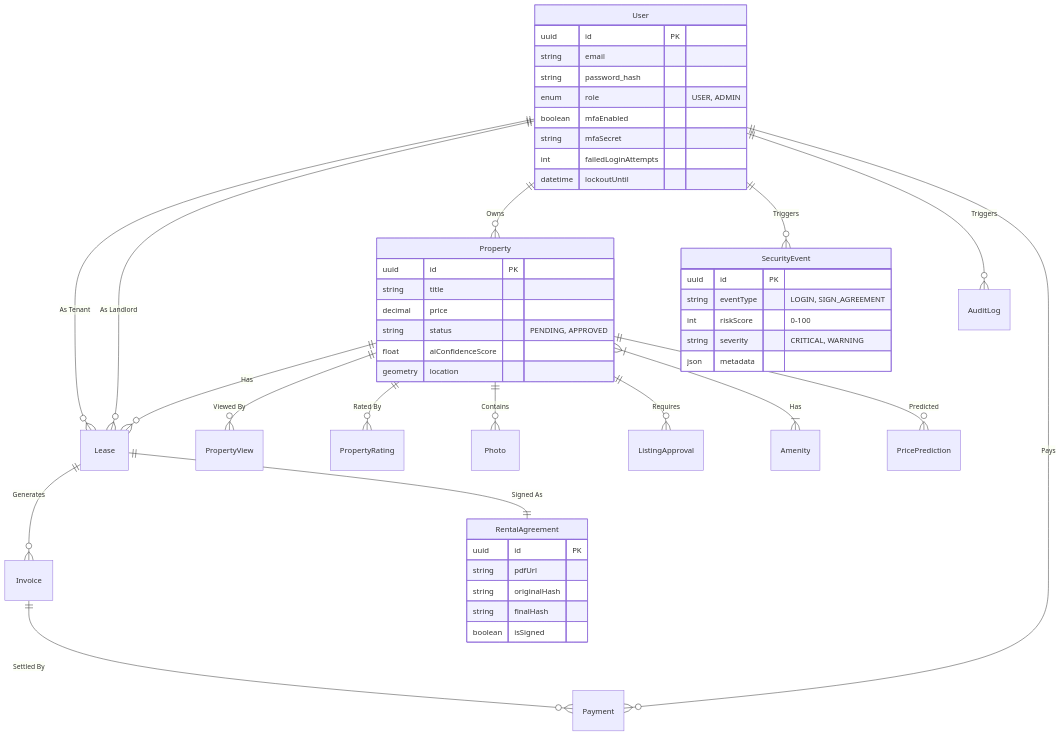
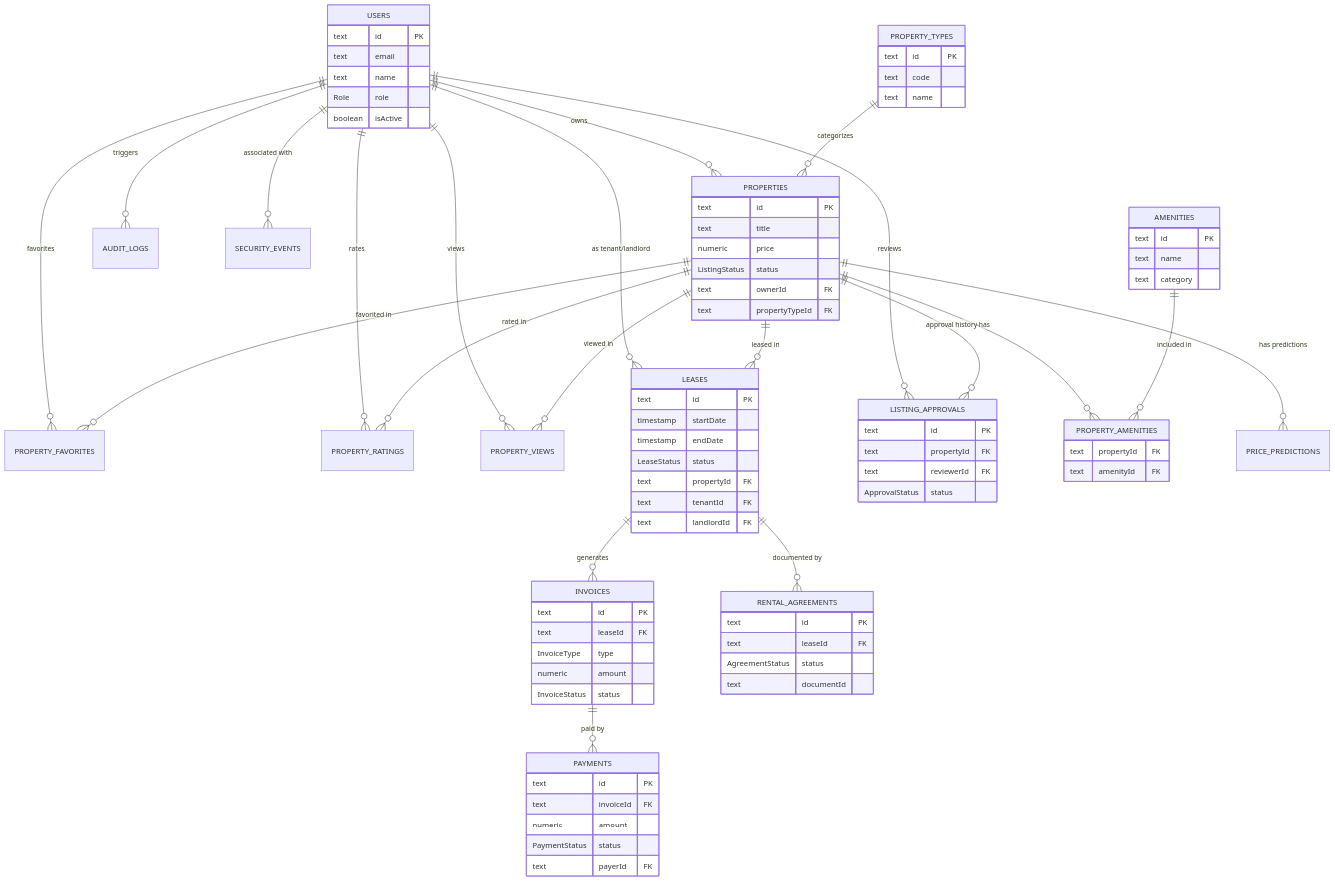
The second of 5 diagrams in README.md (izwanGit/uitm-devops-challenge_TeamOne), drawn with Mermaid before and after one commit.

````diff
--- a/README.md
+++ b/README.md
@@ -240,63 +240,101 @@
 ```mermaid
 erDiagram
-    %% CORE USERS
-    User ||--o{ Lease : "As Tenant"
-    User ||--o{ Lease : "As Landlord"
-    User ||--o{ Property : "Owns"
-    User ||--o{ SecurityEvent : "Triggers"
-    User ||--o{ AuditLog : "Triggers"
-    User ||--o{ Payment : "Pays"
+    USERS ||--o{ PROPERTIES : "owns"
+    USERS ||--o{ PROPERTY_FAVORITES : "favorites"
+    USERS ||--o{ PROPERTY_RATINGS : "rates"
+    USERS ||--o{ PROPERTY_VIEWS : "views"
+    USERS ||--o{ LEASES : "as tenant/landlord"
+    USERS ||--o{ LISTING_APPROVALS : "reviews"
+    USERS ||--o{ AUDIT_LOGS : "triggers"
+    USERS ||--o{ SECURITY_EVENTS : "associated with"
+
+    PROPERTIES ||--o{ LEASES : "leased in"
+    PROPERTIES ||--o{ PROPERTY_AMENITIES : "has"
+    PROPERTIES ||--o{ PROPERTY_FAVORITES : "favorited in"
+    PROPERTIES ||--o{ PROPERTY_RATINGS : "rated in"
+    PROPERTIES ||--o{ PROPERTY_VIEWS : "viewed in"
+    PROPERTIES ||--o{ LISTING_APPROVALS : "approval history"
+    PROPERTIES ||--o{ PRICE_PREDICTIONS : "has predictions"
     
-    %% PROPERTIES
-    Property ||--o{ Lease : "Has"
-    Property ||--o{ PropertyView : "Viewed By"
-    Property ||--o{ PropertyRating : "Rated By"
-    Property ||--o{ Photo : "Contains"
-    Property ||--o{ ListingApproval : "Requires"
-    Property }|--|{ Amenity : "Has"
+    PROPERTY_TYPES ||--o{ PROPERTIES : "categorizes"
+    AMENITIES ||--o{ PROPERTY_AMENITIES : "included in"
+
+    LEASES ||--o{ INVOICES : "generates"
+    LEASES ||--o{ RENTAL_AGREEMENTS : "documented by"
     
-    %% FINANCIALS
-    Lease ||--o{ Invoice : "Generates"
-    Lease ||--|| RentalAgreement : "Signed As"
-    Invoice ||--o{ Payment : "Settled By"
-    
-    %% AI & ANALYTICS
-    Property ||--o{ PricePrediction : "Predicted"
+    INVOICES ||--o{ PAYMENTS : "paid by"
 
-    %% ENTITY DETAILS
-    User {
-        uuid id PK
-        string email
-        string password_hash
-        enum role "USER, ADMIN"
-        boolean mfaEnabled
-        string mfaSecret
-        int failedLoginAttempts
-        datetime lockoutUntil
+    USERS {
+        text id PK
+        text email
+        text name
+        Role role
+        boolean isActive
     }
 
-    Property {
-        uuid id PK
-        string title
-        decimal price
-        string status "PENDING, APPROVED"
-        float aiConfidenceScore
-        geometry location
+    PROPERTIES {
+        text id PK
+        text title
+        numeric price
+        ListingStatus status
+        text ownerId FK
+        text propertyTypeId FK
     }
 
-    SecurityEvent {
-        uuid id PK
-        string eventType "LOGIN, SIGN_AGREEMENT"
-        int riskScore "0-100"
-        string severity "CRITICAL, WARNING"
-        json metadata
+    PROPERTY_TYPES {
+        text id PK
+        text code
+        text name
     }
-    
-    RentalAgreement {
-        uuid id PK
-        string pdfUrl
-        string originalHash
-        string finalHash
-        boolean isSigned
+
+    AMENITIES {
+        text id PK
+        text name
+        text category
+    }
+
+    PROPERTY_AMENITIES {
+        text propertyId FK
+        text amenityId FK
+    }
+
+    LEASES {
+        text id PK
+        timestamp startDate
+        timestamp endDate
+        LeaseStatus status
+        text propertyId FK
+        text tenantId FK
+        text landlordId FK
+    }
+
+    INVOICES {
+        text id PK
+        text leaseId FK
+        InvoiceType type
+        numeric amount
+        InvoiceStatus status
+    }
+
+    PAYMENTS {
+        text id PK
+        text invoiceId FK
+        numeric amount
+        PaymentStatus status
+        text payerId FK
+    }
+
+    RENTAL_AGREEMENTS {
+        text id PK
+        text leaseId FK
+        AgreementStatus status
+        text documentId
+    }
+
+    LISTING_APPROVALS {
+        text id PK
+        text propertyId FK
+        text reviewerId FK
+        ApprovalStatus status
     }
 ```
````
